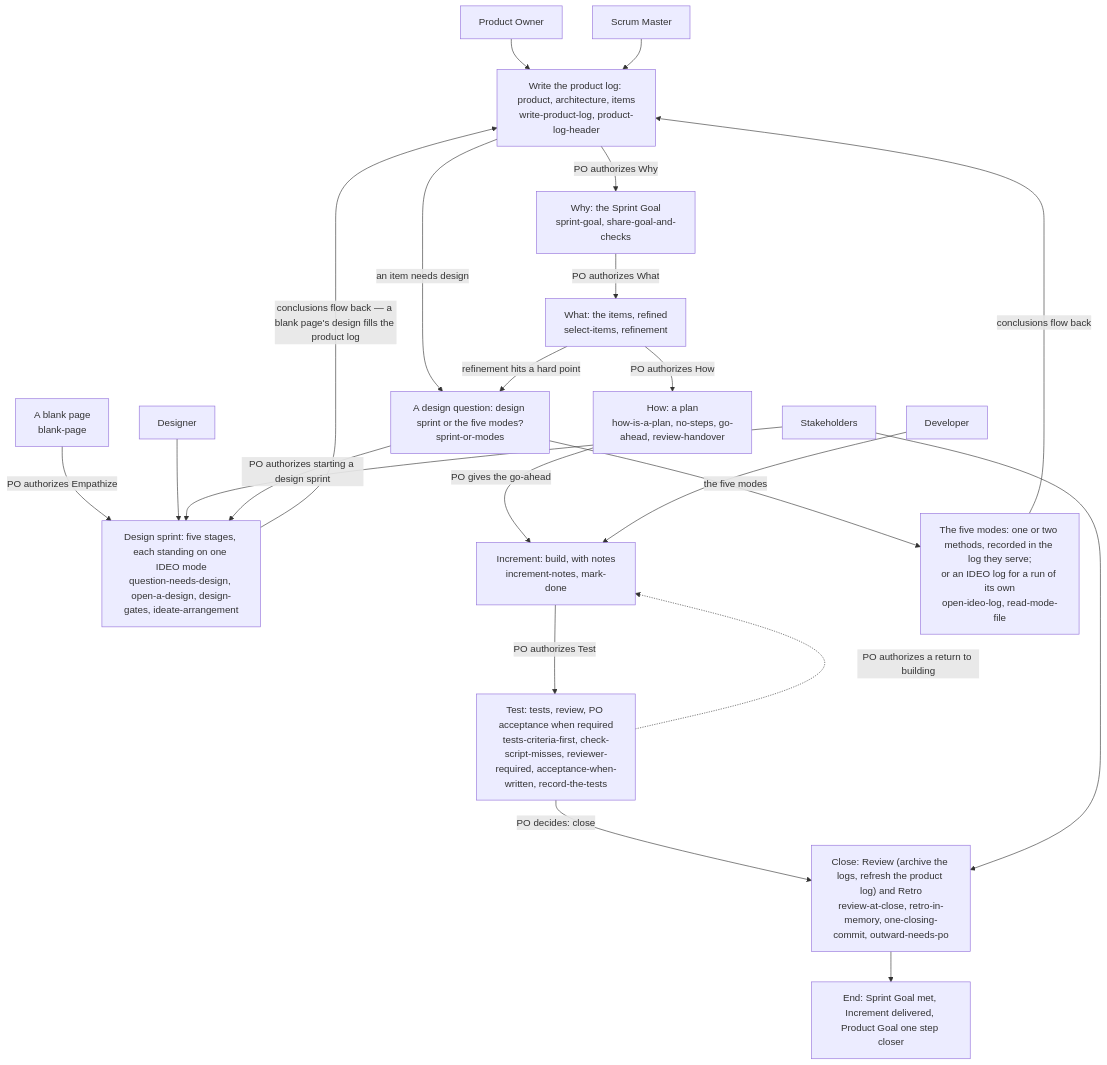
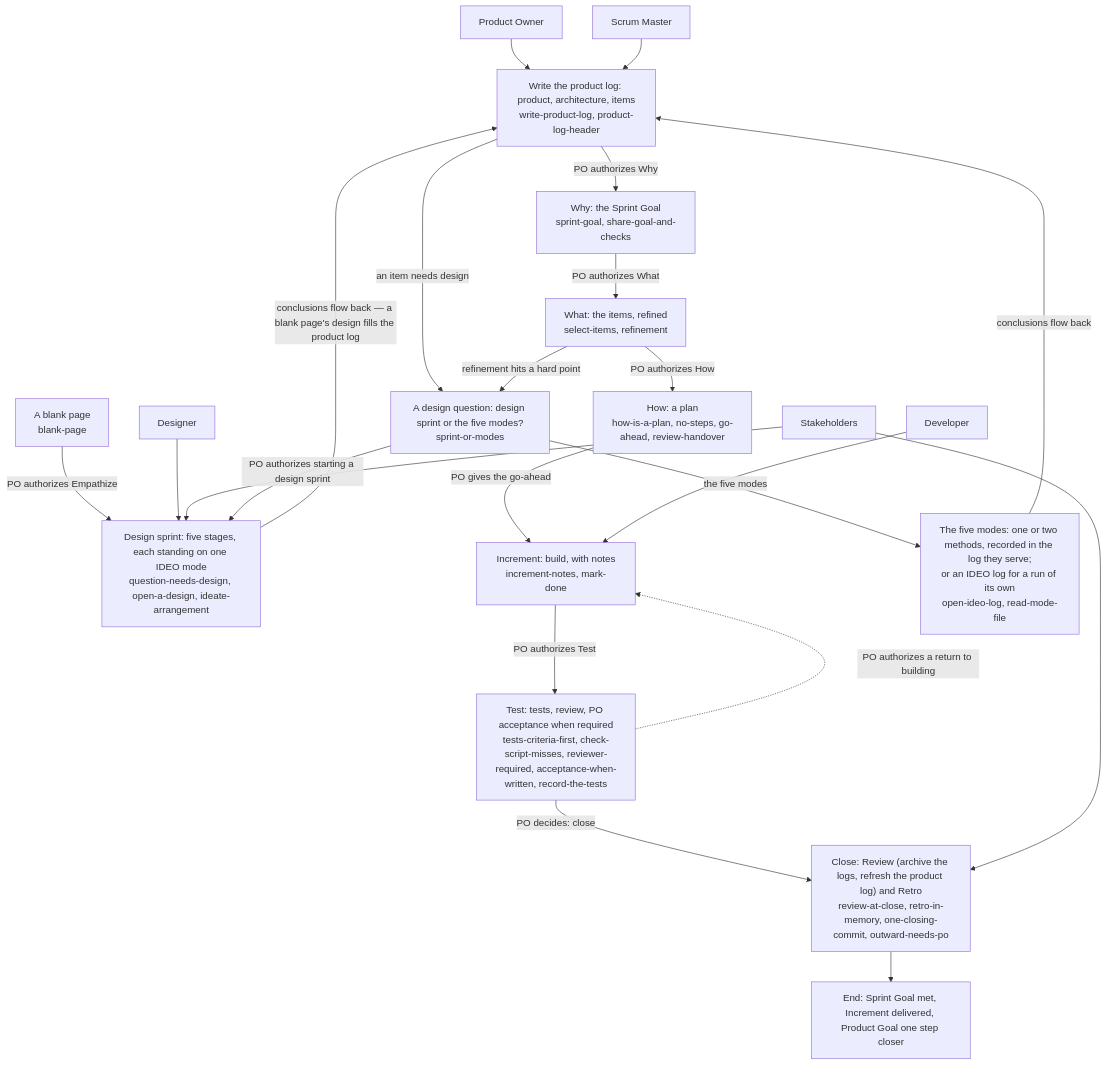
One commit to seapawn1/IDEO-Scrum changed the first of 6 diagrams in scrum/sprint-26-plugin-memory/memory-draft/long/flow-maps.md. Above: the diagram before and after it, drawn with Mermaid. The commit also changed other lines of this file and 31 other files, not shown here.

First line of the commit message:
Sprint 26 行 6：按 Master 先看草稿的三点意见改——ask-the-po、who-gets-which-work、board-writer 标待 27；stage-gates、sprint-stage-decisions、design-gates、po-decisions 合并（清单 105→102 行）；超 150 字符的 29 行全部收短（硬线改 150）

````diff
--- a/scrum/sprint-26-plugin-memory/memory-draft/long/flow-maps.md
+++ b/scrum/sprint-26-plugin-memory/memory-draft/long/flow-maps.md
@@ -7,29 +7,29 @@
 ```mermaid
 flowchart TD
     PO["Product Owner"]
     SM["Scrum Master"]
     DEV["Developer"]
     DES["Designer"]
     SH["Stakeholders"]
     PO --> A["Write the product log: product, architecture, items<br/>write-product-log, product-log-header"]
     SM --> A
     A -- "an item needs design" --> X0["A design question: design sprint or the five modes?<br/>sprint-or-modes"]
     BP["A blank page<br/>blank-page"] -- "PO authorizes Empathize" --> X
     A -- "PO authorizes Why" --> S1["Why: the Sprint Goal<br/>sprint-goal, share-goal-and-checks"]
     S1 -- "PO authorizes What" --> S2["What: the items, refined<br/>select-items, refinement"]
     S2 -- "refinement hits a hard point" --> X0
     S2 -- "PO authorizes How" --> S3["How: a plan<br/>how-is-a-plan, no-steps, go-ahead, review-handover"]
     S3 -- "PO gives the go-ahead" --> S4["Increment: build, with notes<br/>increment-notes, mark-done"]
     DEV --> S4
     S4 -- "PO authorizes Test" --> S5["Test: tests, review, PO acceptance when required<br/>tests-criteria-first, check-script-misses, reviewer-required, acceptance-when-written, record-the-tests"]
     S5 -. "PO authorizes a return to building" .-> S4
     S5 -- "PO decides: close" --> V["Close: Review (archive the logs, refresh the product log) and Retro<br/>review-at-close, retro-in-memory, one-closing-commit, outward-needs-po"]
     DES --> X
     SH --> X
     SH --> V
-    X0 -- "PO authorizes starting a design sprint" --> X["Design sprint: five stages, each standing on one IDEO mode<br/>question-needs-design, open-a-design, design-gates, ideate-arrangement"]
+    X0 -- "PO authorizes starting a design sprint" --> X["Design sprint: five stages, each standing on one IDEO mode<br/>question-needs-design, open-a-design, ideate-arrangement"]
     X0 -- "the five modes" --> X2["The five modes: one or two methods, recorded in the log they serve;<br/>or an IDEO log for a run of its own<br/>open-ideo-log, read-mode-file"]
     X -- "conclusions flow back — a blank page's design fills the product log" --> A
     X2 -- "conclusions flow back" --> A
     V --> E["End: Sprint Goal met, Increment delivered, Product Goal one step closer"]
 ```
````
